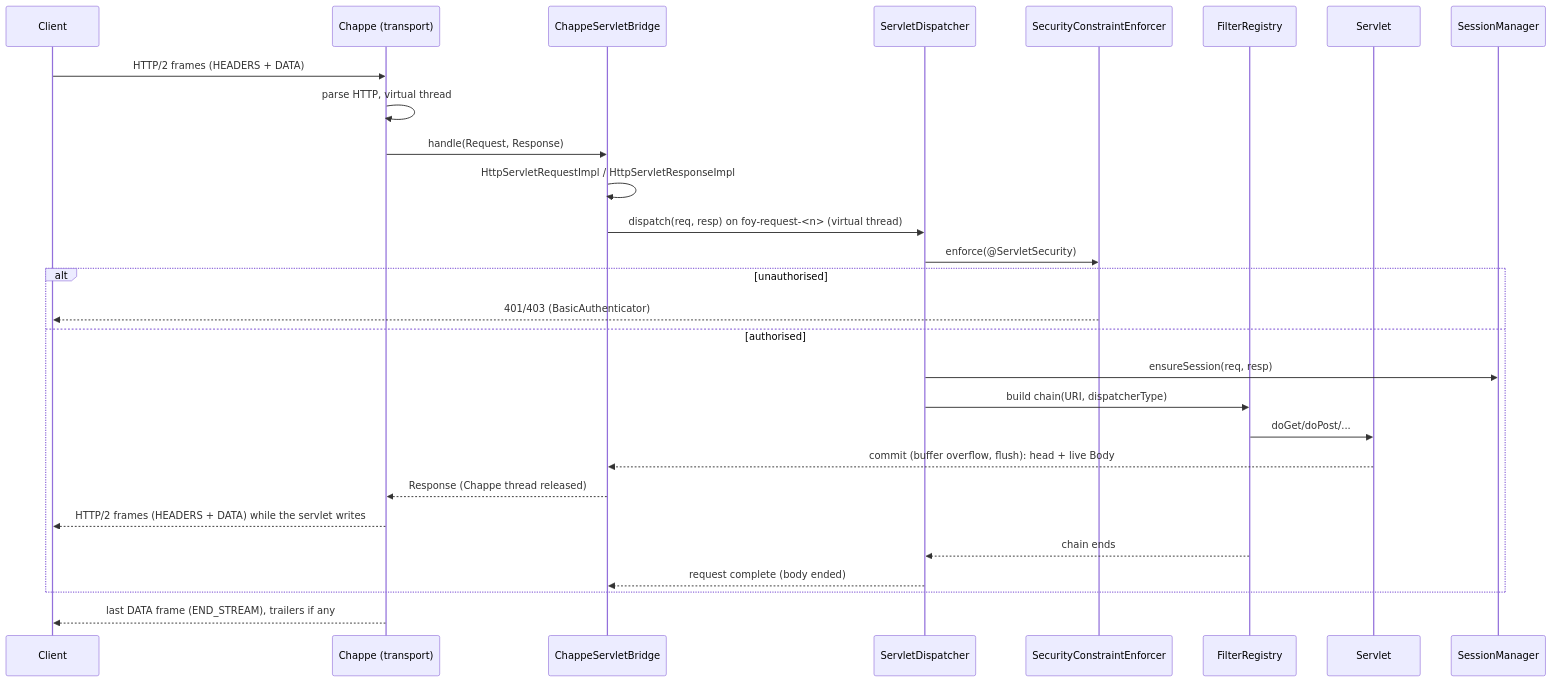
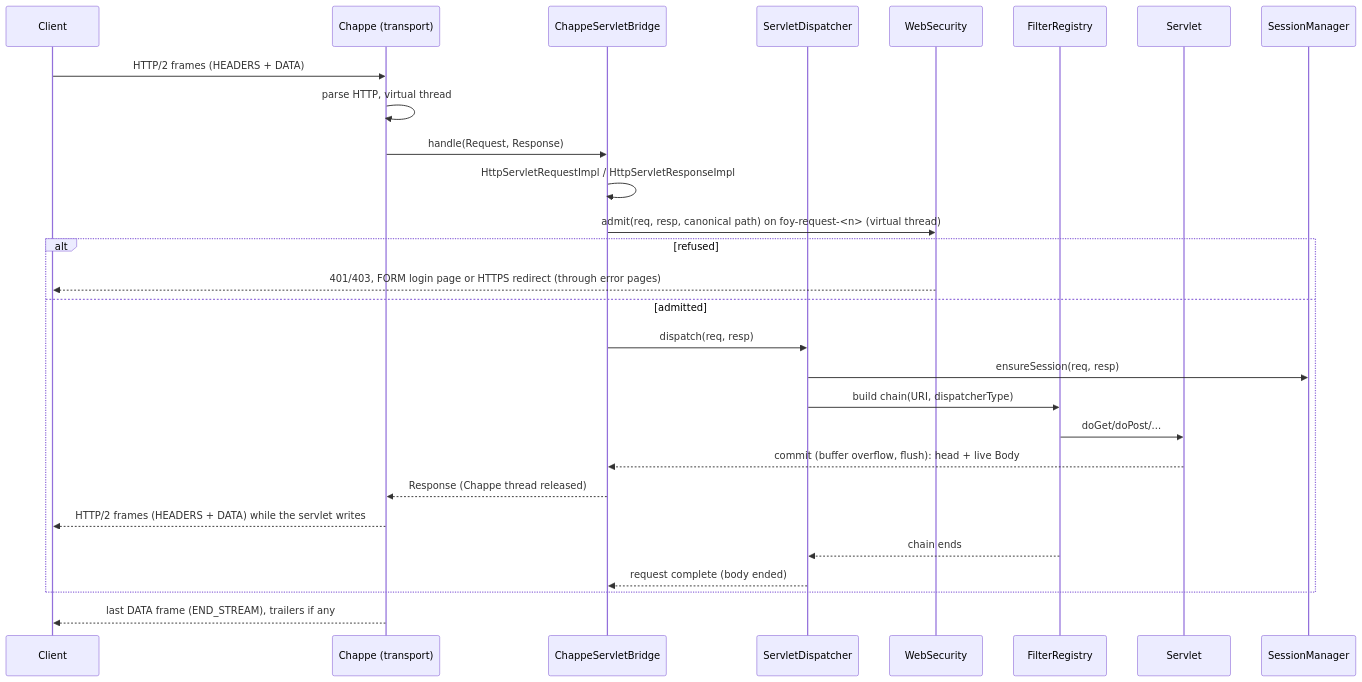
The second of 3 diagrams in docs/en/modules/ROOT/pages/internals.adoc (vidocq-stack/foy), drawn with Mermaid before and after one commit. The commit also changed other lines of this file and 12 other files, not shown here.

```diff
--- a/docs/en/modules/ROOT/pages/internals.adoc
+++ b/docs/en/modules/ROOT/pages/internals.adoc
@@ -66,32 +66,32 @@
 [mermaid]
 ....
 sequenceDiagram
     participant Client
     participant Chappe as Chappe (transport)
     participant Bridge as ChappeServletBridge
     participant Disp as ServletDispatcher
-    participant Sec as SecurityConstraintEnforcer
+    participant Sec as WebSecurity
     participant Filters as FilterRegistry
     participant Servlet
     participant Session as SessionManager
 
     Client->>Chappe: HTTP/2 frames (HEADERS + DATA)
     Chappe->>Chappe: parse HTTP, virtual thread
     Chappe->>Bridge: handle(Request, Response)
     Bridge->>Bridge: HttpServletRequestImpl / HttpServletResponseImpl
-    Bridge->>Disp: dispatch(req, resp) on foy-request-<n> (virtual thread)
-    Disp->>Sec: enforce(@ServletSecurity)
-    alt unauthorised
-        Sec-->>Client: 401/403 (BasicAuthenticator)
-    else authorised
+    Bridge->>Sec: admit(req, resp, canonical path) on foy-request-<n> (virtual thread)
+    alt refused
+        Sec-->>Client: 401/403, FORM login page or HTTPS redirect (through error pages)
+    else admitted
+        Bridge->>Disp: dispatch(req, resp)
         Disp->>Session: ensureSession(req, resp)
         Disp->>Filters: build chain(URI, dispatcherType)
         Filters->>Servlet: doGet/doPost/...
         Servlet-->>Bridge: commit (buffer overflow, flush): head + live Body
         Bridge-->>Chappe: Response (Chappe thread released)
         Chappe-->>Client: HTTP/2 frames (HEADERS + DATA) while the servlet writes
         Filters-->>Disp: chain ends
         Disp-->>Bridge: request complete (body ended)
     end
     Chappe-->>Client: last DATA frame (END_STREAM), trailers if any
 ....
```
